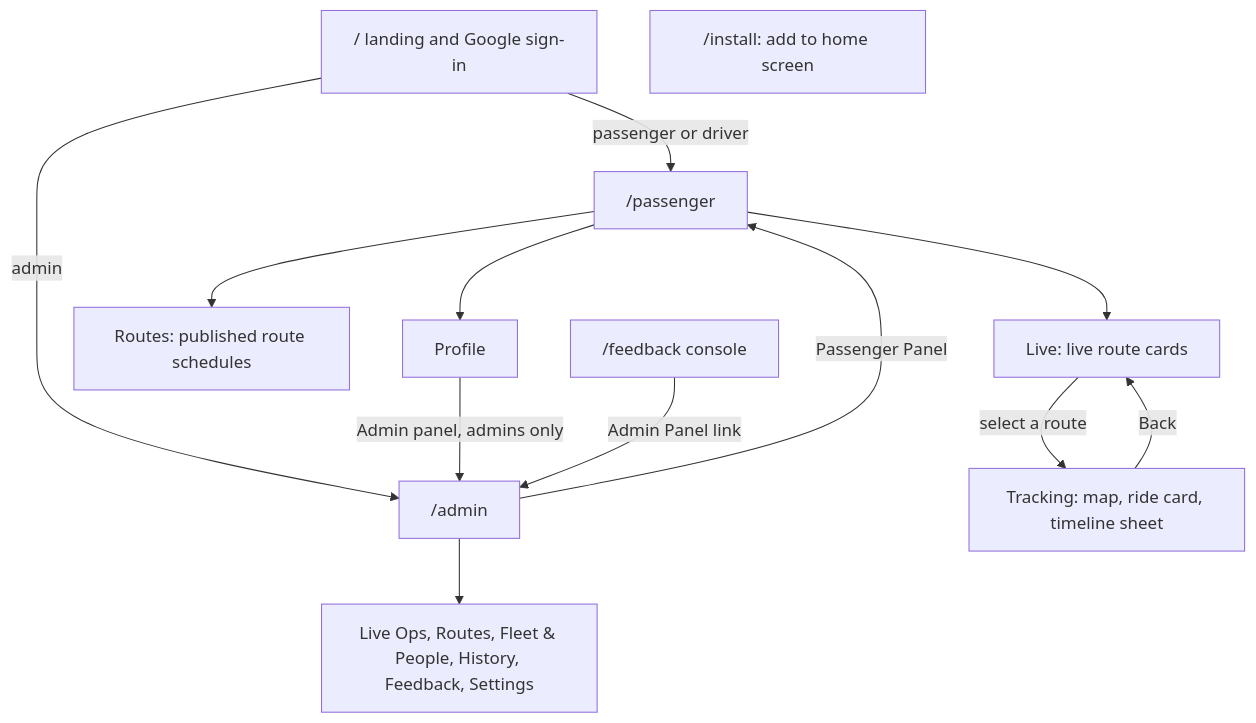
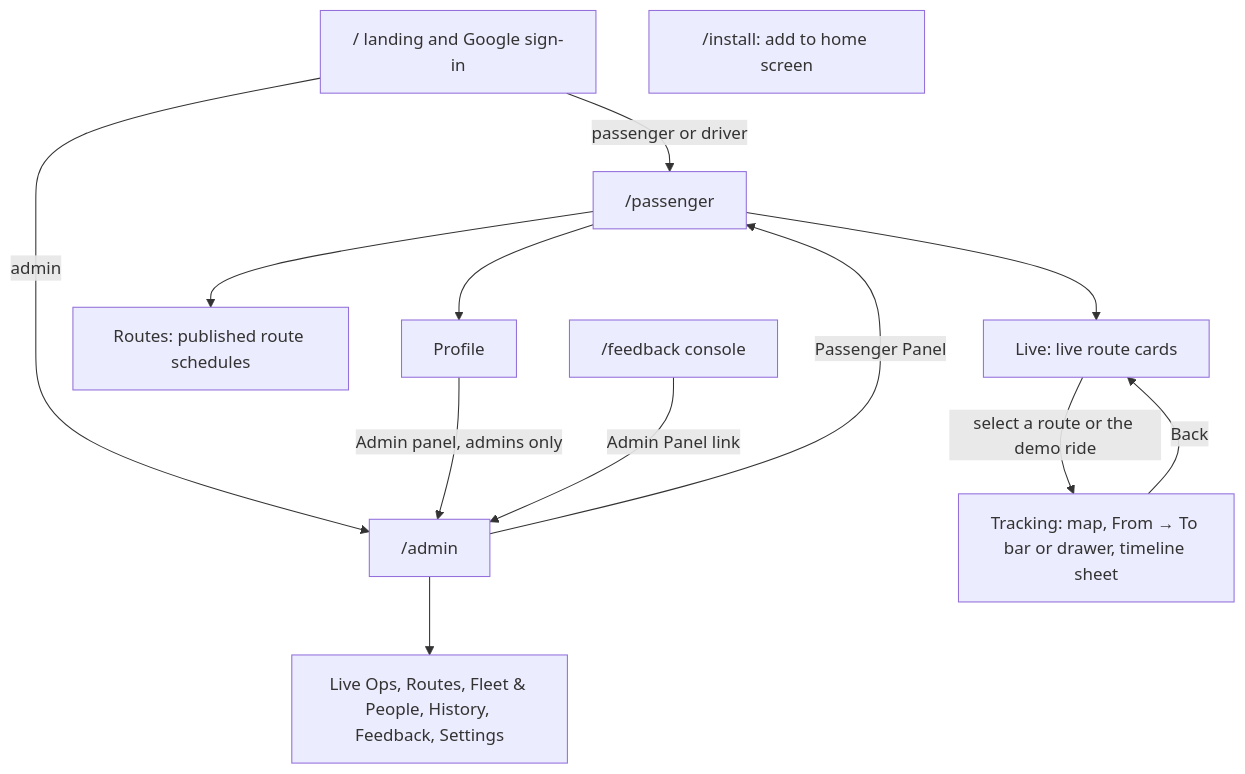
The diagram in docs/design/UI_DESIGN_SYSTEM.md (notnamansinha/Eki), drawn with Mermaid before and after one commit. The commit also changed other lines of this file and 52 other files, not shown here.

First line of the commit message:
feat(passenger): Thumb drawer stop picker and a demo ride in Live routes (#566)

````diff
--- a/docs/design/UI_DESIGN_SYSTEM.md
+++ b/docs/design/UI_DESIGN_SYSTEM.md
@@ -560,15 +572,15 @@
 ```mermaid
 flowchart TD
   L["/ landing and Google sign-in"] -->|passenger or driver| P["/passenger"]
   L -->|admin| A["/admin"]
   P --> R["Live: live route cards"]
-  R -->|select a route| T["Tracking: map, ride card, timeline sheet"]
+  R -->|select a route or the demo ride| T["Tracking: map, From → To bar or drawer, timeline sheet"]
   T -->|Back| R
   P --> S["Routes: published route schedules"]
   P --> PR["Profile"]
   PR -->|Admin panel, admins only| A
   A --> TABS["Live Ops, Routes, Fleet & People, History, Feedback, Settings"]
   A -->|Passenger Panel| P
   F["/feedback console"] -->|Admin Panel link| A
   I["/install: add to home screen"]
 ```
````
